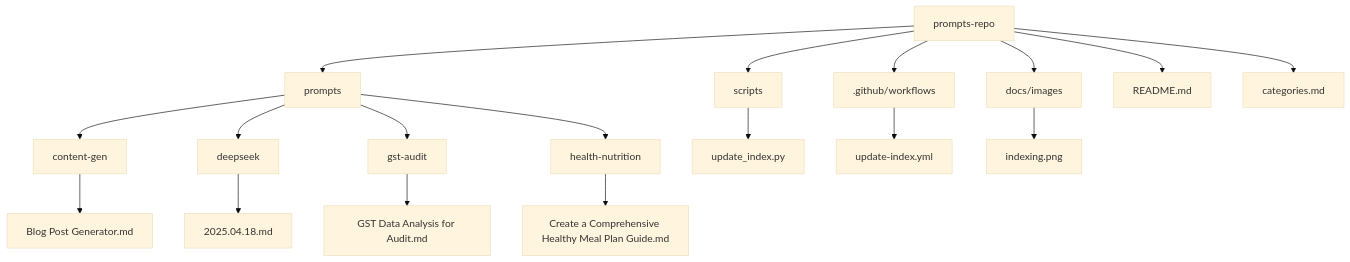
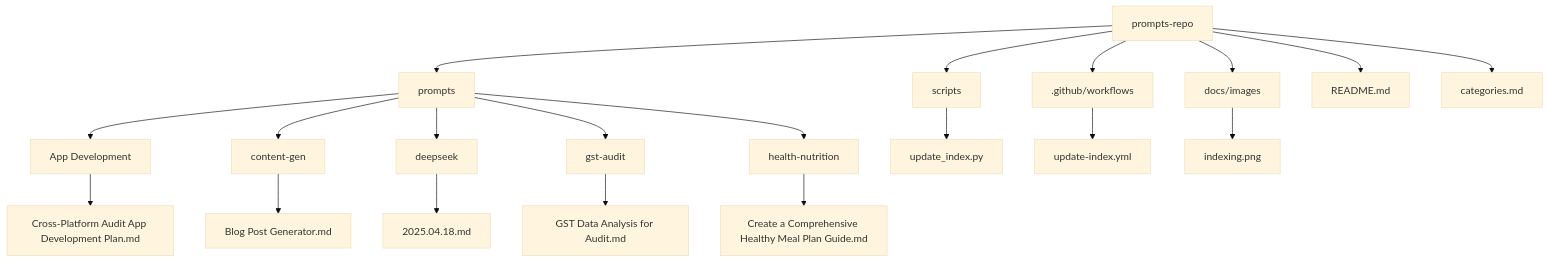
Before and after one commit to phuchungbhutia/prompts-repo: the diagram in README.md, drawn with Mermaid (base theme). The commit also changed other lines of this file and 1 other file, not shown here.

````diff
--- a/README.md
+++ b/README.md
@@ -13,20 +13,22 @@
 ```mermaid
 graph TD
     A[prompts-repo] --> B[prompts]
     A --> C[scripts]
     A --> D[.github/workflows]
     A --> E[docs/images]
-    B --> CAT1[content-gen]
-    B --> CAT2[deepseek]
-    B --> CAT3[gst-audit]
-    B --> CAT4[health-nutrition]
-    CAT1[content-gen] --> F11[Blog Post Generator.md]
-    CAT2[deepseek] --> F21[2025.04.18.md]
-    CAT3[gst-audit] --> F31[GST Data Analysis for Audit.md]
-    CAT4[health-nutrition] --> F41[Create a Comprehensive Healthy Meal Plan Guide.md]
+    B --> CAT1[App Development]
+    B --> CAT2[content-gen]
+    B --> CAT3[deepseek]
+    B --> CAT4[gst-audit]
+    B --> CAT5[health-nutrition]
+    CAT1[App Development] --> F11[Cross-Platform Audit App Development Plan.md]
+    CAT2[content-gen] --> F21[Blog Post Generator.md]
+    CAT3[deepseek] --> F31[2025.04.18.md]
+    CAT4[gst-audit] --> F41[GST Data Analysis for Audit.md]
+    CAT5[health-nutrition] --> F51[Create a Comprehensive Healthy Meal Plan Guide.md]
     C --> S[update_index.py]
     D --> W[update-index.yml]
     E --> I[indexing.png]
     A --> R[README.md]
     A --> T[categories.md]
 ```
````
